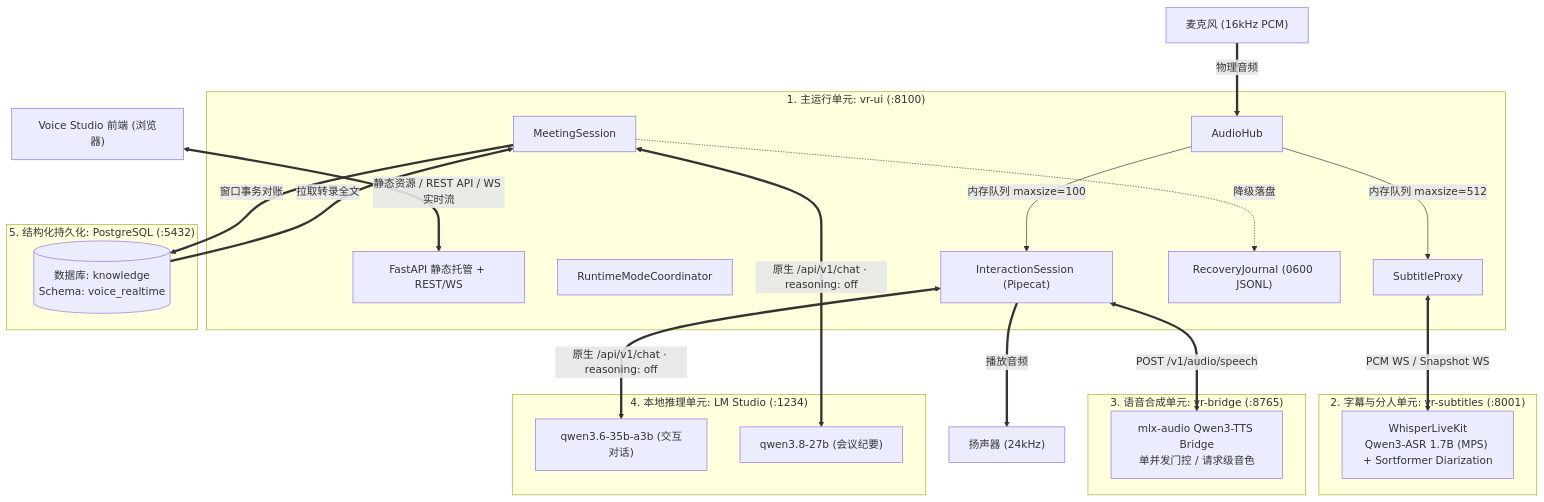
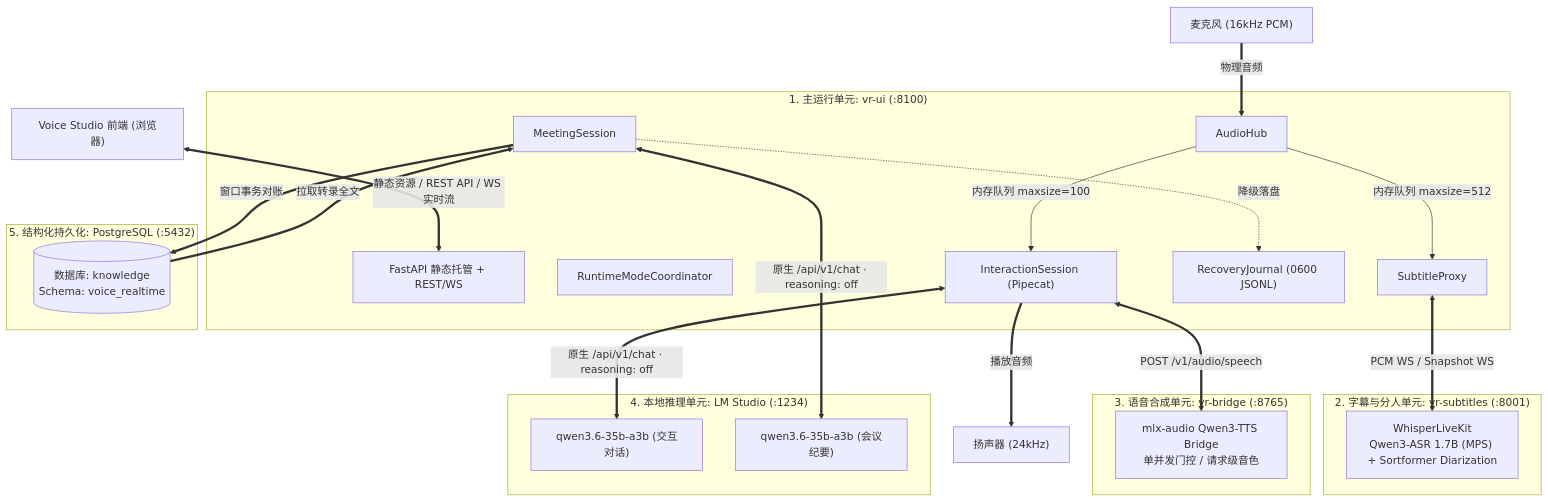
The second of 13 diagrams in docs/architecture/系统总体架构与详细设计方案.md (hrygo/voice-realtime), drawn with Mermaid before and after one commit. The commit also changed other lines of this file and 50 other files, not shown here.

````diff
--- a/docs/architecture/系统总体架构与详细设计方案.md
+++ b/docs/architecture/系统总体架构与详细设计方案.md
@@ -201,49 +201,49 @@
 ```mermaid
 flowchart TB
     BROWSER["Voice Studio 前端 (浏览器)"]
     MIC["麦克风 (16kHz PCM)"]
     SPEAKER["扬声器 (24kHz)"]
 
     subgraph UNIT1["1. 主运行单元: vr-ui (:8100)"]
         FASTAPI["FastAPI 静态托管 + REST/WS"]
         HUB_NODE["AudioHub"]
         COORD_NODE["RuntimeModeCoordinator"]
         PIPE_NODE["InteractionSession (Pipecat)"]
         PROXY_NODE["SubtitleProxy"]
         MEETING_NODE["MeetingSession"]
         JOURNAL_NODE["RecoveryJournal (0600 JSONL)"]
     end
 
     subgraph UNIT2["2. 字幕与分人单元: vr-subtitles (:8001)"]
         WLK_NODE["WhisperLiveKit<br/>Qwen3-ASR 1.7B (MPS) + Sortformer Diarization"]
     end
 
     subgraph UNIT3["3. 语音合成单元: vr-bridge (:8765)"]
         TTS_NODE["mlx-audio Qwen3-TTS Bridge<br/>单并发门控 / 请求级音色"]
     end
 
     subgraph UNIT4["4. 本地推理单元: LM Studio (:1234)"]
         LM_INTERACT["qwen3.6-35b-a3b (交互对话)"]
-        LM_SUMMARY["qwen3.8-27b (会议纪要)"]
+        LM_SUMMARY["qwen3.6-35b-a3b (会议纪要)"]
     end
 
     subgraph STORAGE["5. 结构化持久化: PostgreSQL (:5432)"]
         PG_DB[("数据库: knowledge<br/>Schema: voice_realtime")]
     end
 
     MIC ==>|物理音频| HUB_NODE
     HUB_NODE -->|内存队列 maxsize=100| PIPE_NODE
     HUB_NODE -->|内存队列 maxsize=512| PROXY_NODE
 
     PROXY_NODE <==>|PCM WS / Snapshot WS| WLK_NODE
     PIPE_NODE <==>|原生 /api/v1/chat · reasoning: off| LM_INTERACT
     PIPE_NODE <==>|POST /v1/audio/speech| TTS_NODE
     PIPE_NODE ==>|播放音频| SPEAKER
 
     MEETING_NODE ==>|窗口事务对账| PG_DB
     MEETING_NODE -.->|降级落盘| JOURNAL_NODE
     PG_DB ==>|拉取转录全文| MEETING_NODE
     MEETING_NODE <==>|原生 /api/v1/chat · reasoning: off| LM_SUMMARY
 
     BROWSER <==>|静态资源 / REST API / WS 实时流| FASTAPI
 ```
````
